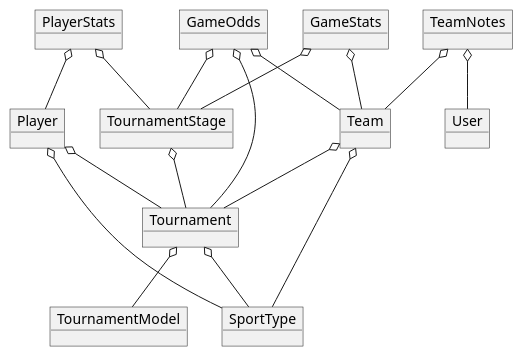
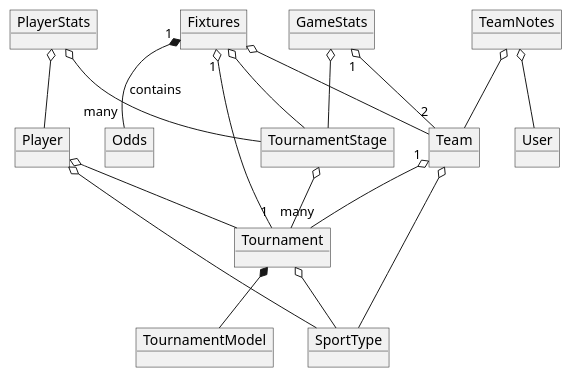
One commit to yaroslav-dudar/fox.cub changed the diagram in docs/objects.wsd. Above: the diagram before and after it, drawn with PlantUML. The commit also changed 1 other file, not shown here.

Commit message:
basic pinnacle API client, start data model refactoring

```diff
--- a/docs/objects.wsd
+++ b/docs/objects.wsd
@@ -1,44 +1,46 @@
 @startuml "Object diagram"
 
 object GameStats
 object Team
 object TeamNotes
 
 object Tournament
 object TournamentStage
 
 object Player
 object PlayerStats
 
 object SportType
 
 object User
 
-object GameOdds
+object Odds
+object Fixtures
 
 object TournamentModel
 
-GameStats o-- Team
+GameStats "1" o-- "2" Team
 GameStats o-- TournamentStage
 
 Team o-- SportType
-Team o-- Tournament
+Team "1" o-- "many" Tournament
 
 Tournament o-- SportType
-Tournament o-- TournamentModel
+Tournament *-- TournamentModel
 
 TournamentStage o-- Tournament
 
 PlayerStats o-- Player
 PlayerStats o-- TournamentStage
 
 Player o-- SportType
 Player o-- Tournament
 
-GameOdds o-- Tournament
-GameOdds o-- TournamentStage
-GameOdds o-- Team
+Fixtures "1" o-- "1" Tournament
+Fixtures o-- TournamentStage
+Fixtures o-- Team
+Fixtures "1" *-- "many" Odds: contains
 
 TeamNotes o-- Team
 TeamNotes o-- User
 @enduml
```
